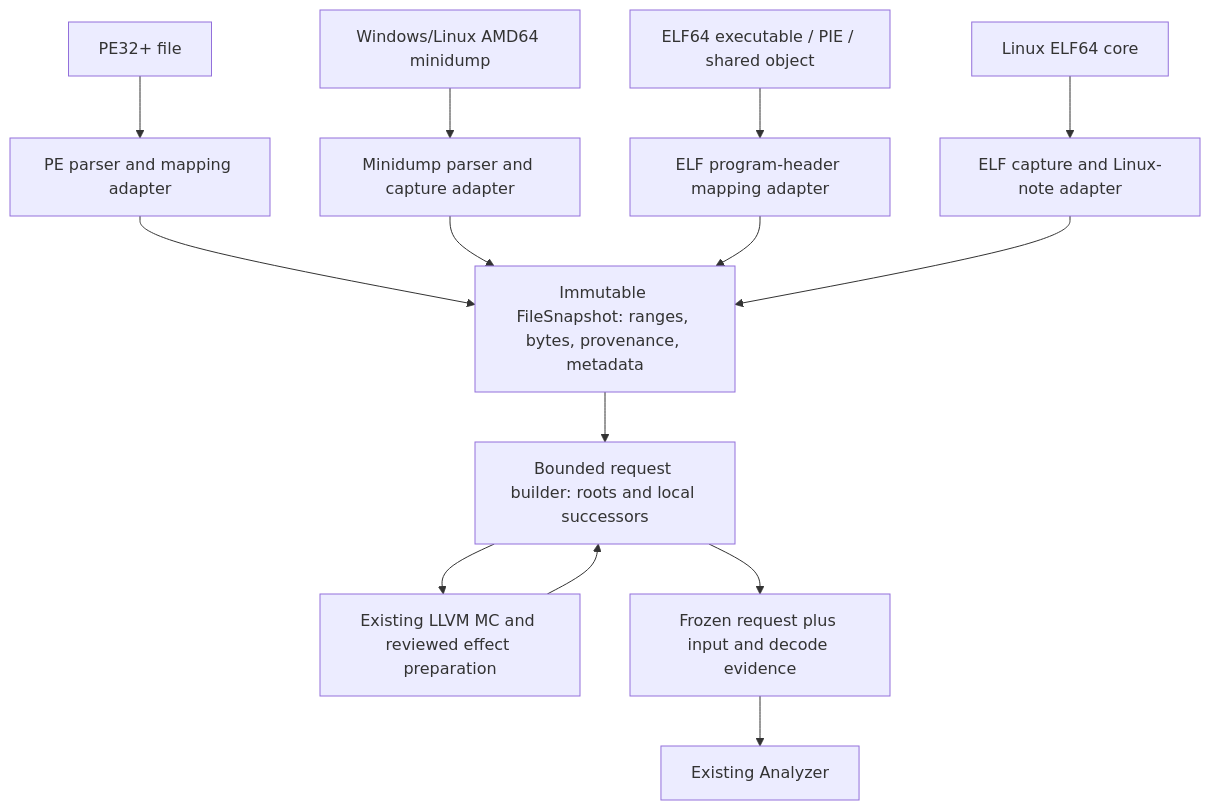
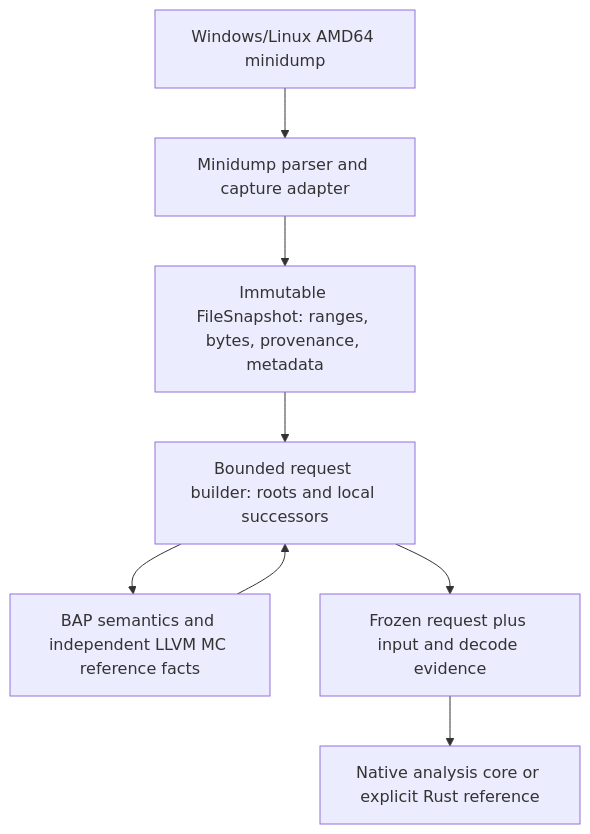
Before and after one commit to NzSN/Ariadne: the diagram in docs/Ariadne/file-reader-design.md, drawn with Mermaid. The commit also changed other lines of this file and 121 other files, not shown here.

````diff
--- a/docs/Ariadne/file-reader-design.md
+++ b/docs/Ariadne/file-reader-design.md
@@ -62,16 +74,10 @@
 ```mermaid
 flowchart TD
-    PE["PE32+ file"] --> P["PE parser and mapping adapter"]
     MD["Windows/Linux AMD64 minidump"] --> M["Minidump parser and capture adapter"]
-    ELF["ELF64 executable / PIE / shared object"] --> E["ELF program-header mapping adapter"]
-    CORE["Linux ELF64 core"] --> C["ELF capture and Linux-note adapter"]
-    P --> S["Immutable FileSnapshot: ranges, bytes, provenance, metadata"]
-    M --> S
-    E --> S
-    C --> S
+    M --> S["Immutable FileSnapshot: ranges, bytes, provenance, metadata"]
     S --> B["Bounded request builder: roots and local successors"]
-    B --> D["Existing LLVM MC and reviewed effect preparation"]
+    B --> D["BAP semantics and independent LLVM MC reference facts"]
     D --> B
     B --> Q["Frozen request plus input and decode evidence"]
-    Q --> A["Existing Analyzer"]
+    Q --> A["Native analysis core or explicit Rust reference"]
 ```
````
